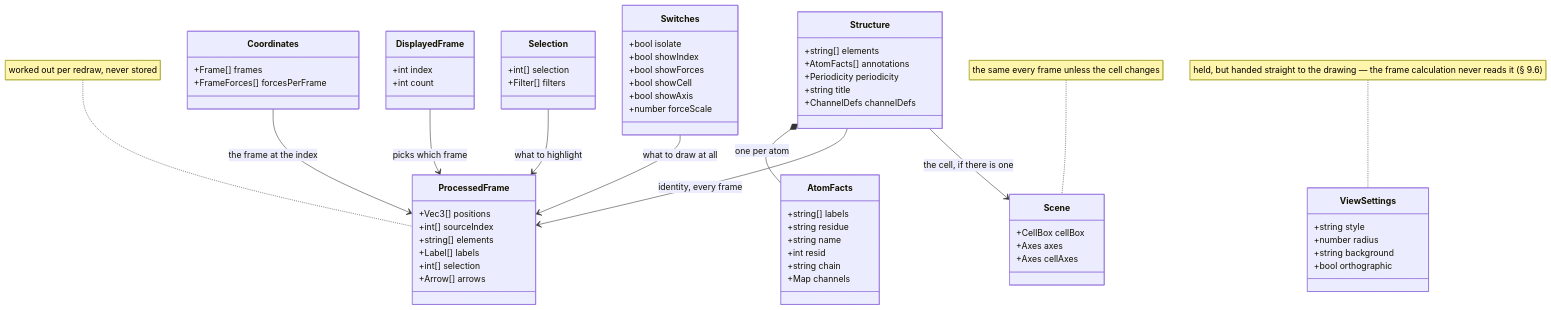
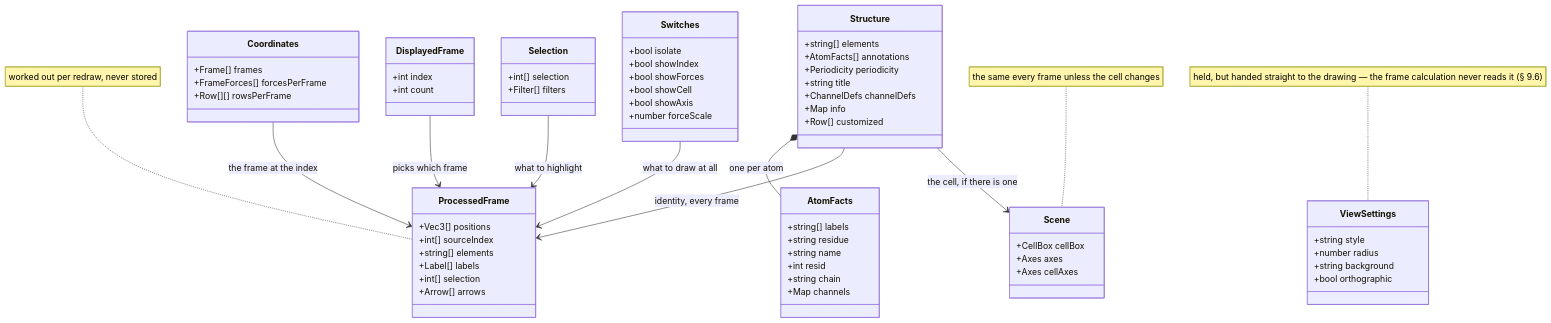
The second of 10 diagrams in docs/web/molview.md (Qing-LAB/molbuilder), drawn with Mermaid before and after one commit. The commit also changed other lines of this file and 10 other files, not shown here.

First line of the commit message:
The contract for a frame set: frames and `customized` inside the structure, both axes in transport

````diff
--- a/docs/web/molview.md
+++ b/docs/web/molview.md
@@ -488,67 +494,70 @@
 ```mermaid
 classDiagram
     class Structure {
       +string[] elements
       +AtomFacts[] annotations
       +Periodicity periodicity
       +string title
       +ChannelDefs channelDefs
+      +Map info
+      +Row[] customized
     }
     class AtomFacts {
       +string[] labels
       +string residue
       +string name
       +int resid
       +string chain
       +Map channels
     }
     class Coordinates {
       +Frame[] frames
       +FrameForces[] forcesPerFrame
+      +Row[][] rowsPerFrame
     }
     class DisplayedFrame {
       +int index
       +int count
     }
     class Selection {
       +int[] selection
       +Filter[] filters
     }
     class Switches {
       +bool isolate
       +bool showIndex
       +bool showForces
       +bool showCell
       +bool showAxis
       +number forceScale
     }
     class ProcessedFrame {
       +Vec3[] positions
       +int[] sourceIndex
       +string[] elements
       +Label[] labels
       +int[] selection
       +Arrow[] arrows
     }
     class Scene {
       +CellBox cellBox
       +Axes axes
       +Axes cellAxes
     }
     class ViewSettings {
       +string style
       +number radius
       +string background
       +bool orthographic
     }
     Structure *-- AtomFacts : one per atom
     Structure --> ProcessedFrame : identity, every frame
     Coordinates --> ProcessedFrame : the frame at the index
     DisplayedFrame --> ProcessedFrame : picks which frame
     Selection --> ProcessedFrame : what to highlight
     Switches --> ProcessedFrame : what to draw at all
     Structure --> Scene : the cell, if there is one
     note for ProcessedFrame "worked out per redraw, never stored"
     note for Scene "the same every frame unless the cell changes"
     note for ViewSettings "held, but handed straight to the drawing — the frame calculation never reads it (§ 9.6)"
 ```
````
